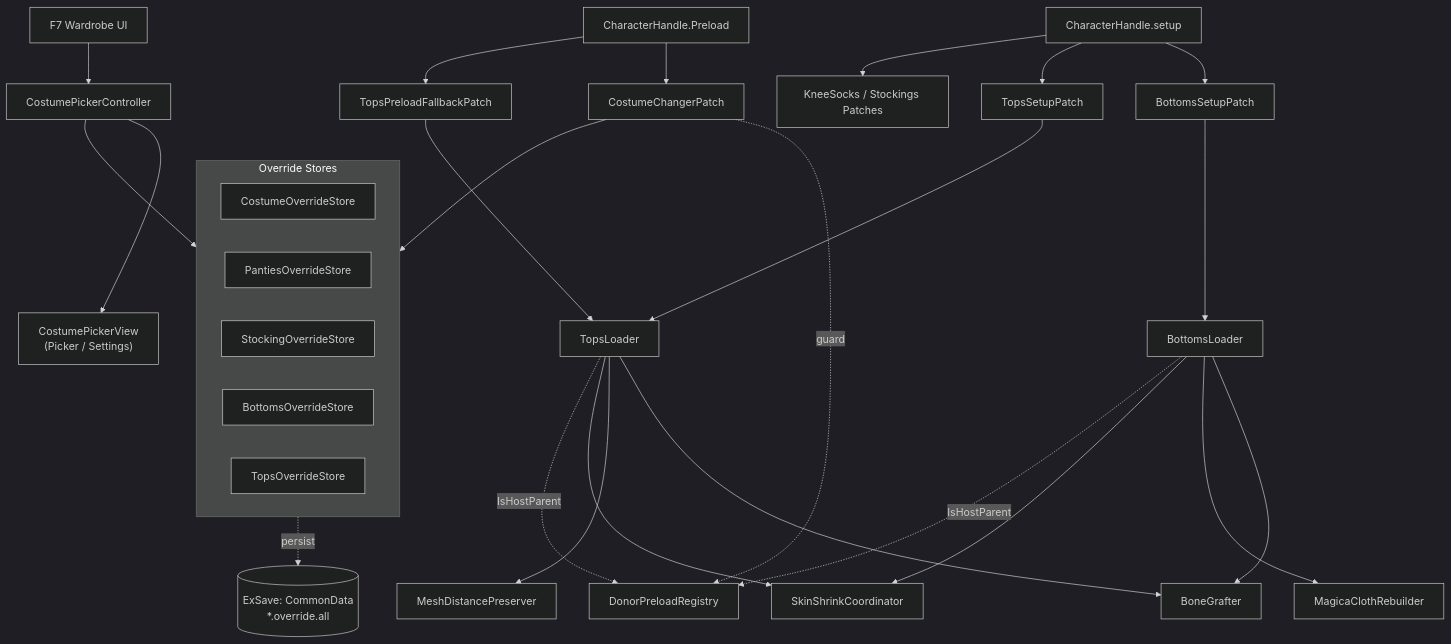
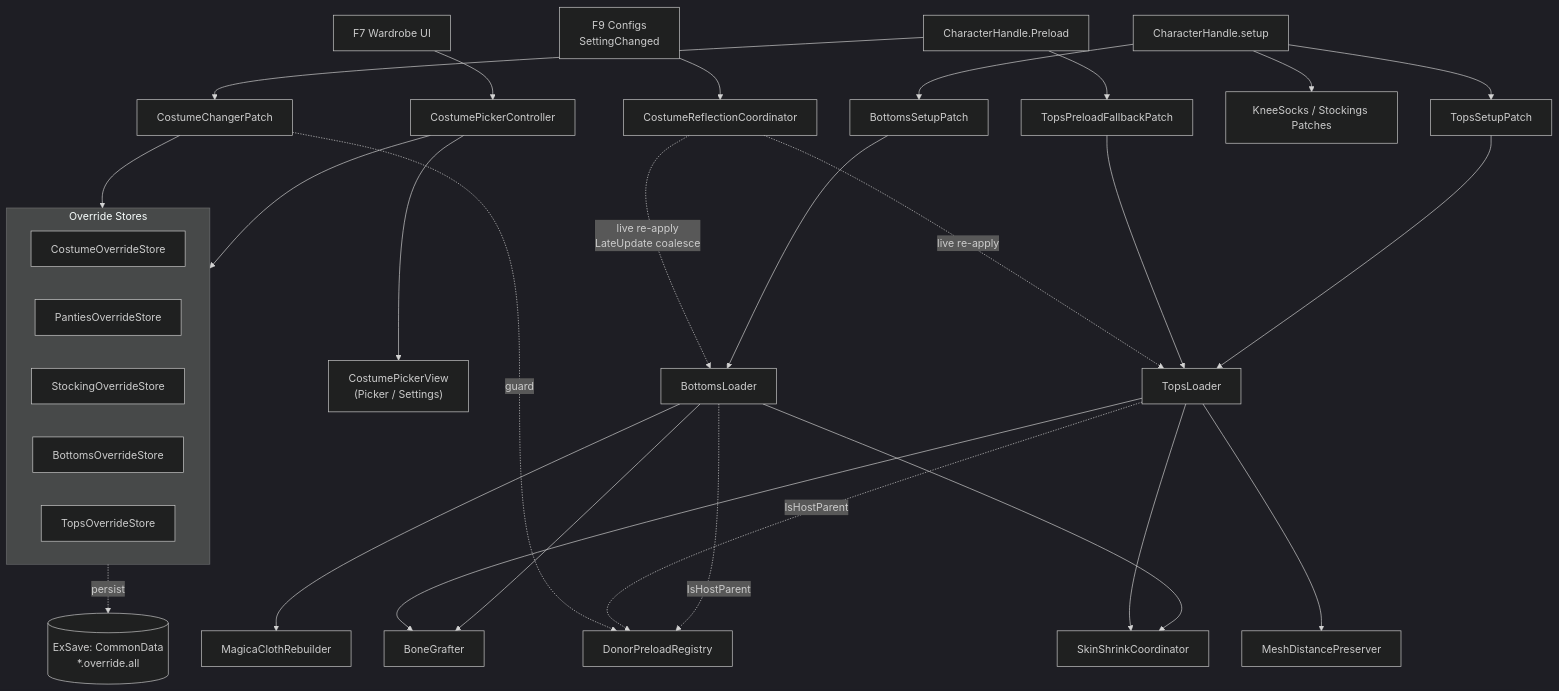
The first of 2 diagrams in docs/costume-changer.md (pasotako/BunnyGarden2FixMod), drawn with Mermaid (dark theme) before and after one commit. The commit also changed other lines of this file and 2 other files, not shown here.

First line of the commit message:
docs(costume-changer): BreastFlatten 設計を hub/spoke 構成で整備

````diff
--- a/docs/costume-changer.md
+++ b/docs/costume-changer.md
@@ -30,38 +58,42 @@
 ```mermaid
 flowchart TB
     User[F7 Wardrobe UI] --> Controller[CostumePickerController]
     Controller --> View["CostumePickerView<br/>(Picker / Settings)"]
     Controller --> Store
 
     subgraph Store["Override Stores"]
         CO[CostumeOverrideStore]
         PO[PantiesOverrideStore]
         SO[StockingOverrideStore]
         BO[BottomsOverrideStore]
         TO[TopsOverrideStore]
     end
 
     Store -.persist.-> ExSave[(ExSave: CommonData<br/>*.override.all)]
 
     Game[CharacterHandle.Preload] --> CCP[CostumeChangerPatch]
     Game --> TPF[TopsPreloadFallbackPatch]
     Game2[CharacterHandle.setup] --> BSP[BottomsSetupPatch]
     Game2 --> TSP[TopsSetupPatch]
     Game2 --> KSP[KneeSocks / Stockings Patches]
 
     CCP --> Store
     BSP --> BL[BottomsLoader]
     TSP --> TL[TopsLoader]
     TPF --> TL
 
     BL --> BG[BoneGrafter]
     BL --> MCR[MagicaClothRebuilder]
     BL --> SSC[SkinShrinkCoordinator]
     TL --> BG
     TL --> MDP[MeshDistancePreserver]
     TL --> SSC
 
     BL -.IsHostParent.-> DPR[DonorPreloadRegistry]
     TL -.IsHostParent.-> DPR
     CCP -.guard.-> DPR
+
+    Cfg[F9 Configs<br/>SettingChanged] --> CRC[CostumeReflectionCoordinator]
+    CRC -.live re-apply<br/>LateUpdate coalesce.-> BL
+    CRC -.live re-apply.-> TL
 ```
````
